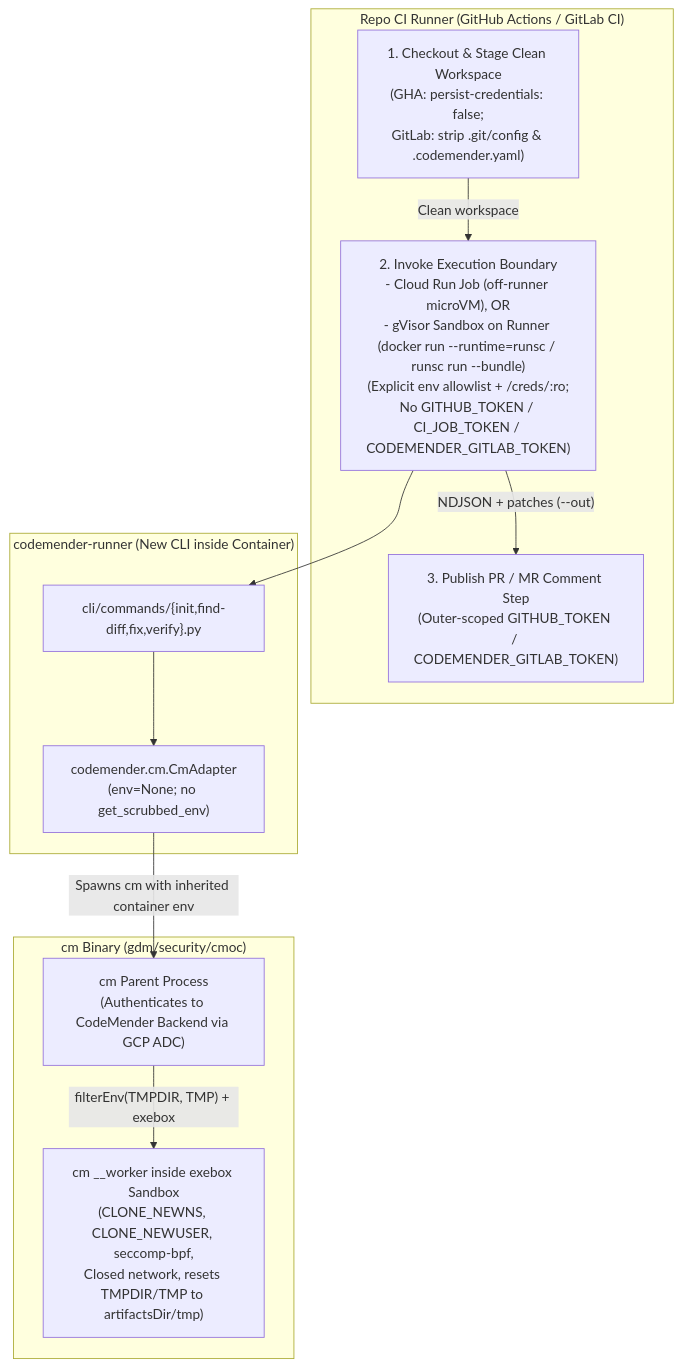
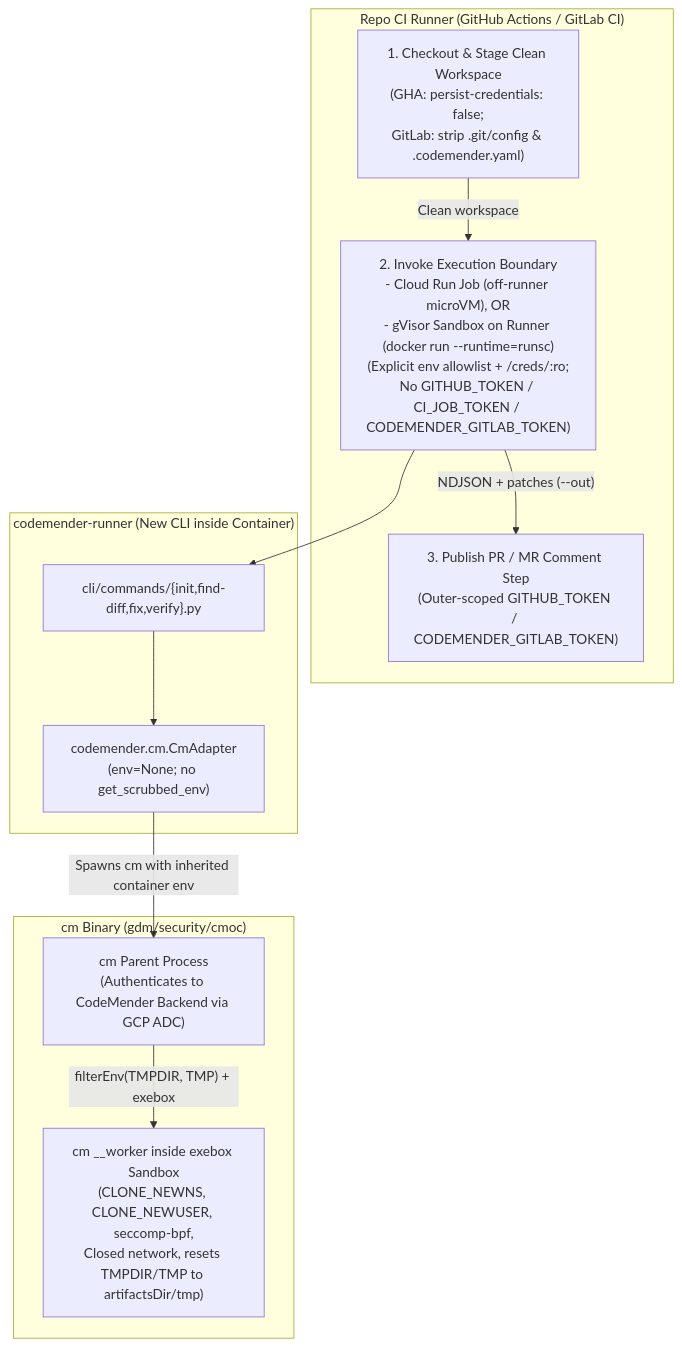
Before and after one commit to avnit/codemender-runner-mcp: the diagram in docs/adr/ADR-0003-environment-scrubbing.md, drawn with Mermaid. The commit also changed other lines of this file and 10 other files, not shown here.

First line of the commit message:
docs(spec): run GitLab CI scanning only on Cloud Run (#80)

````diff
--- a/docs/adr/ADR-0003-environment-scrubbing.md
+++ b/docs/adr/ADR-0003-environment-scrubbing.md
@@ -322,25 +315,25 @@
 ```mermaid
 flowchart TD
     subgraph CI["Repo CI Runner (GitHub Actions / GitLab CI)"]
         step_checkout["1. Checkout & Stage Clean Workspace\n(GHA: persist-credentials: false;\nGitLab: strip .git/config & .codemender.yaml)"]
-        step_invoke["2. Invoke Execution Boundary\n- Cloud Run Job (off-runner microVM), OR\n- gVisor Sandbox on Runner (docker run --runtime=runsc / runsc run --bundle)\n(Explicit env allowlist + /creds/:ro;\nNo GITHUB_TOKEN / CI_JOB_TOKEN / CODEMENDER_GITLAB_TOKEN)"]
+        step_invoke["2. Invoke Execution Boundary\n- Cloud Run Job (off-runner microVM), OR\n- gVisor Sandbox on Runner (docker run --runtime=runsc)\n(Explicit env allowlist + /creds/:ro;\nNo GITHUB_TOKEN / CI_JOB_TOKEN / CODEMENDER_GITLAB_TOKEN)"]
         step_publish["3. Publish PR / MR Comment Step\n(Outer-scoped GITHUB_TOKEN / CODEMENDER_GITLAB_TOKEN)"]
     end
 
     subgraph Runner["codemender-runner (New CLI inside Container)"]
         cli["cli/commands/{init,find-diff,fix,verify}.py"]
         adapter["codemender.cm.CmAdapter\n(env=None; no get_scrubbed_env)"]
     end
 
     subgraph CM["cm Binary (gdm/security/cmoc)"]
         cm_parent["cm Parent Process\n(Authenticates to CodeMender Backend via GCP ADC)"]
         cm_worker["cm __worker inside exebox Sandbox\n(CLONE_NEWNS, CLONE_NEWUSER, seccomp-bpf,\nClosed network, resets TMPDIR/TMP to artifactsDir/tmp)"]
     end
 
     step_checkout -->|"Clean workspace"| step_invoke
     step_invoke --> cli
     cli --> adapter
     adapter -->|"Spawns cm with inherited container env"| cm_parent
     cm_parent -->|"filterEnv(TMPDIR, TMP) + exebox"| cm_worker
     step_invoke -->|"NDJSON + patches (--out)"| step_publish
 ```
````
